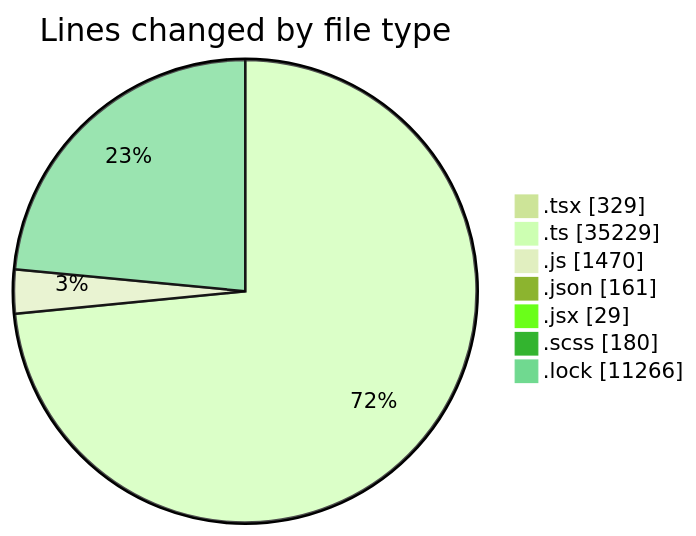
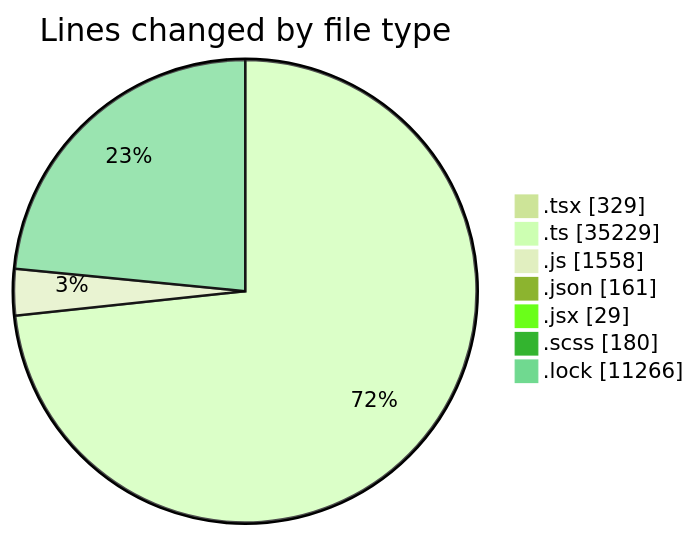
Before and after one commit to momahboobian/code-tracking: the first of 2 diagrams in 2025-12-17/cda/README.md, drawn with Mermaid (forest theme). The commit also changed other lines of this file and 1 other file, not shown here.

````diff
--- a/2025-12-17/cda/README.md
+++ b/2025-12-17/cda/README.md
@@ -54,11 +56,11 @@
 ```mermaid
 pie showData
 title Lines changed by file type
 ".tsx" : 329
 ".ts" : 35229
-".js" : 1470
+".js" : 1558
 ".json" : 161
 ".jsx" : 29
 ".scss" : 180
 ".lock" : 11266
 ```
````
